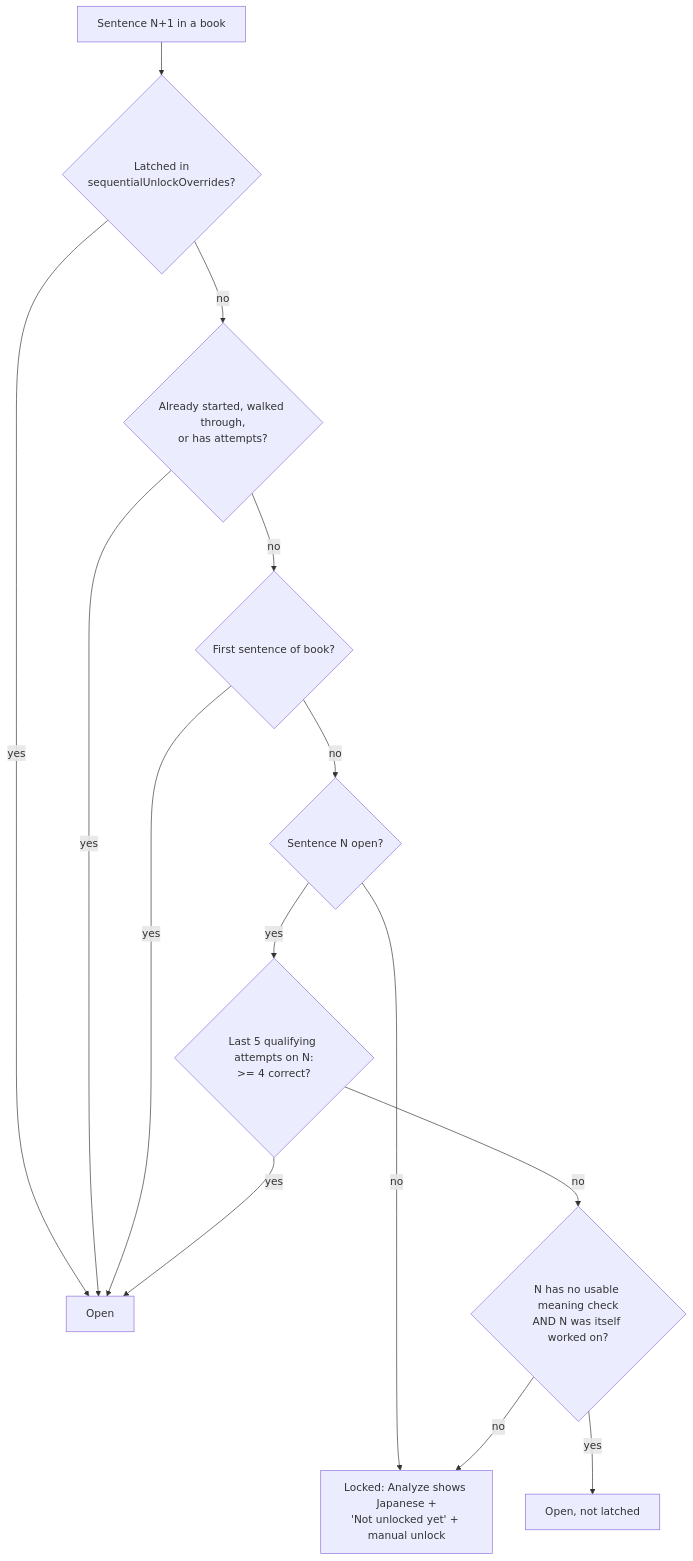
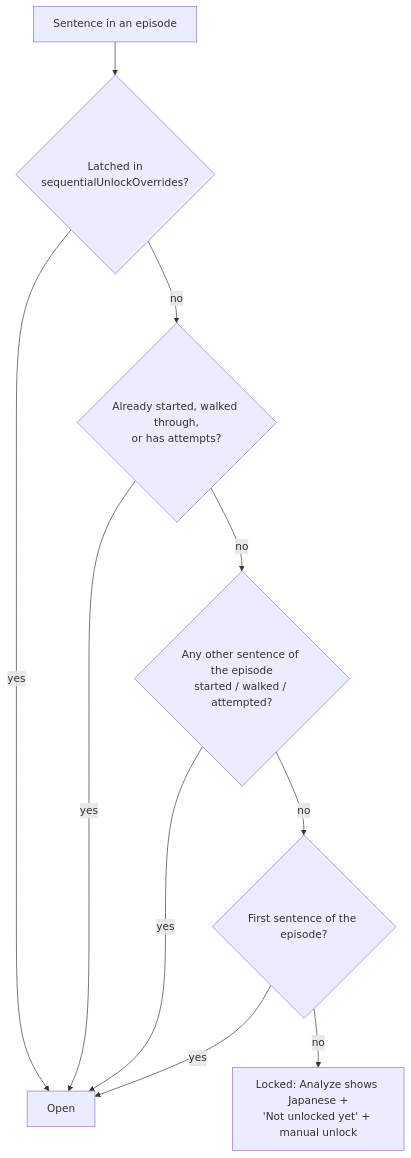
The first of 2 diagrams in docs/SENTENCE_GATES.md (efancher/jp_sentence_splits), drawn with Mermaid before and after one commit. The commit also changed other lines of this file and 8 other files, not shown here.

First line of the commit message:
feat(study): episode-first sentence introduction

````diff
--- a/docs/SENTENCE_GATES.md
+++ b/docs/SENTENCE_GATES.md
@@ -8,16 +11,12 @@
 ```mermaid
 flowchart TD
-  S[Sentence N+1 in a book] --> L{Latched in<br/>sequentialUnlockOverrides?}
+  S[Sentence in an episode] --> L{Latched in<br/>sequentialUnlockOverrides?}
   L -- yes --> OPEN[Open]
   L -- no --> I{Already started, walked through,<br/>or has attempts?}
   I -- yes --> OPEN
-  I -- no --> F{First sentence of book?}
+  I -- no --> E{Any other sentence of the episode<br/>started / walked / attempted?}
+  E -- yes --> OPEN
+  E -- no --> F{First sentence of the episode?}
   F -- yes --> OPEN
-  F -- no --> P{Sentence N open?}
-  P -- no --> LOCK[Locked: Analyze shows Japanese +<br/>'Not unlocked yet' + manual unlock]
-  P -- yes --> C{Last 5 qualifying attempts on N:<br/>>= 4 correct?}
-  C -- yes --> OPEN
-  C -- no --> W{N has no usable meaning check<br/>AND N was itself worked on?}
-  W -- yes --> OPEN2[Open, not latched]
-  W -- no --> LOCK
+  F -- no --> LOCK[Locked: Analyze shows Japanese +<br/>'Not unlocked yet' + manual unlock]
 ```
````
